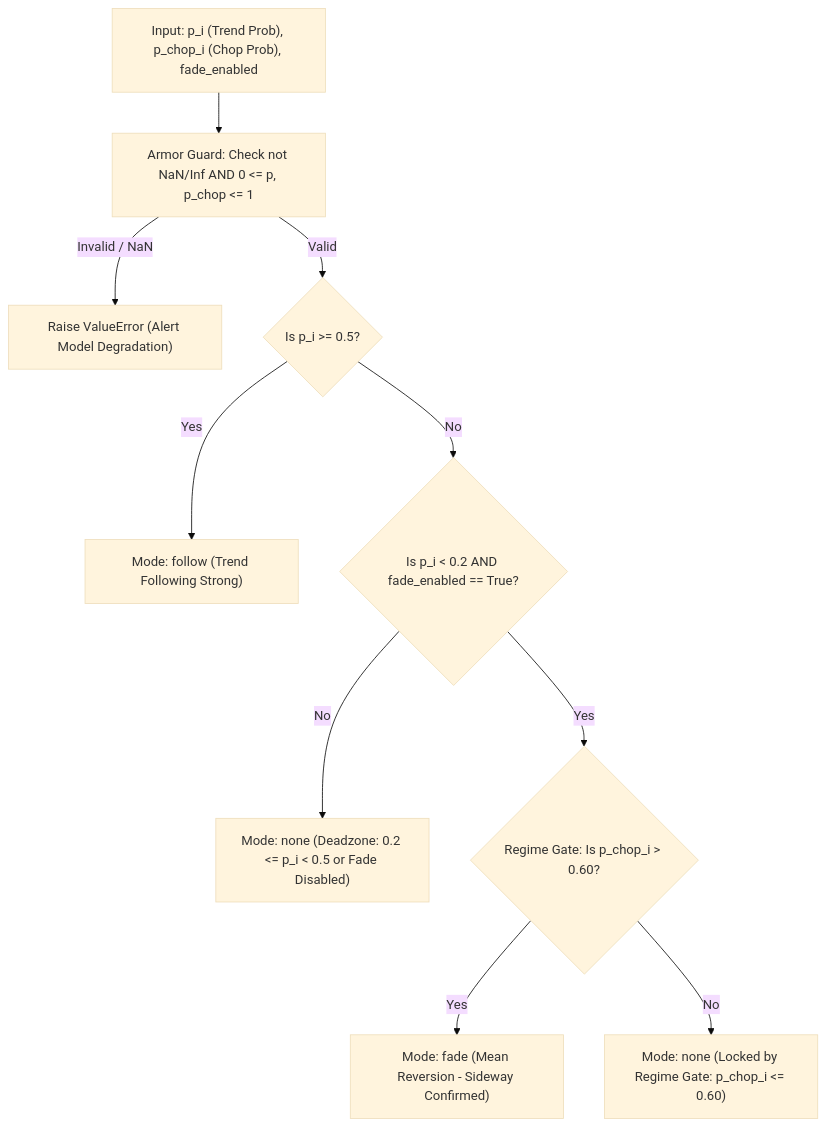
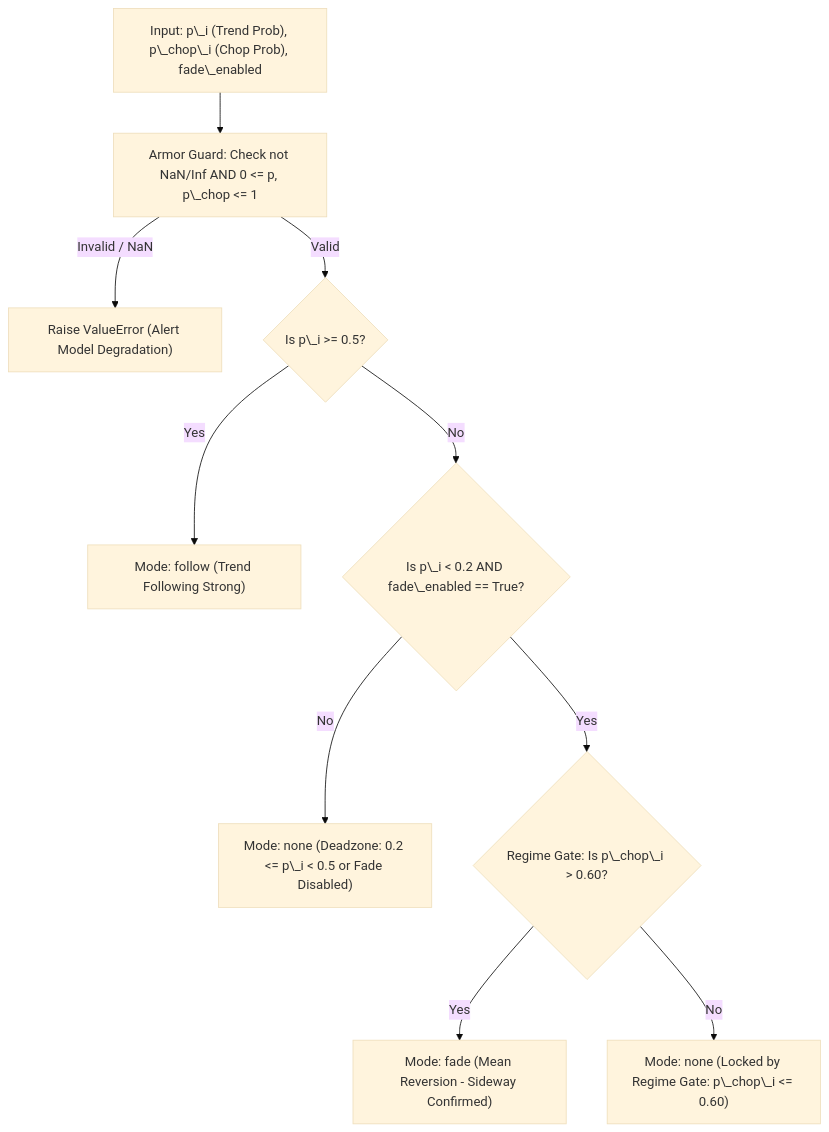
The fourth of 8 diagrams in docs/engineering_audit_and_explanation_report.md (hoangcongly/1907TacticalAI), drawn with Mermaid (base theme) before and after one commit. The commit also changed other lines of this file and 1 other file, not shown here.

````diff
--- a/docs/engineering_audit_and_explanation_report.md
+++ b/docs/engineering_audit_and_explanation_report.md
@@ -294,15 +297,15 @@
 ```mermaid
 flowchart TD
-    Input["Input: p_i (Trend Prob), p_chop_i (Chop Prob), fade_enabled"] --> Guard["Armor Guard: Check not NaN/Inf AND 0 <= p, p_chop <= 1"]
+    Input["Input: p\_i (Trend Prob), p\_chop\_i (Chop Prob), fade\_enabled"] --> Guard["Armor Guard: Check not NaN/Inf AND 0 <= p, p\_chop <= 1"]
     Guard -->|Invalid / NaN| Error["Raise ValueError (Alert Model Degradation)"]
-    Guard -->|Valid| FollowCheck{"Is p_i >= 0.5?"}
+    Guard -->|Valid| FollowCheck{"Is p\_i >= 0.5?"}
     
     FollowCheck -->|Yes| Follow["Mode: follow (Trend Following Strong)"]
-    FollowCheck -->|No| FadeCondCheck{"Is p_i < 0.2 AND fade_enabled == True?"}
+    FollowCheck -->|No| FadeCondCheck{"Is p\_i < 0.2 AND fade\_enabled == True?"}
     
-    FadeCondCheck -->|No| Deadzone["Mode: none (Deadzone: 0.2 <= p_i < 0.5 or Fade Disabled)"]
-    FadeCondCheck -->|Yes| GateCheck{"Regime Gate: Is p_chop_i > 0.60?"}
+    FadeCondCheck -->|No| Deadzone["Mode: none (Deadzone: 0.2 <= p\_i < 0.5 or Fade Disabled)"]
+    FadeCondCheck -->|Yes| GateCheck{"Regime Gate: Is p\_chop\_i > 0.60?"}
     
     GateCheck -->|Yes| Fade["Mode: fade (Mean Reversion - Sideway Confirmed)"]
-    GateCheck -->|No| ChopLock["Mode: none (Locked by Regime Gate: p_chop_i <= 0.60)"]
+    GateCheck -->|No| ChopLock["Mode: none (Locked by Regime Gate: p\_chop\_i <= 0.60)"]
 ```
````
